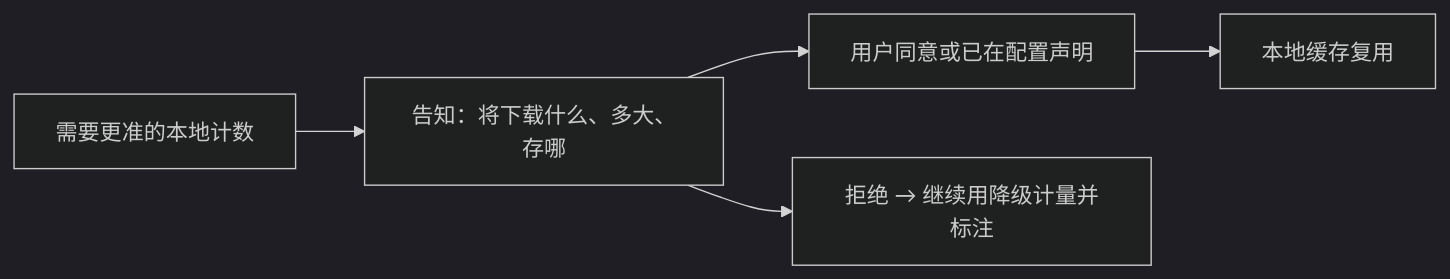
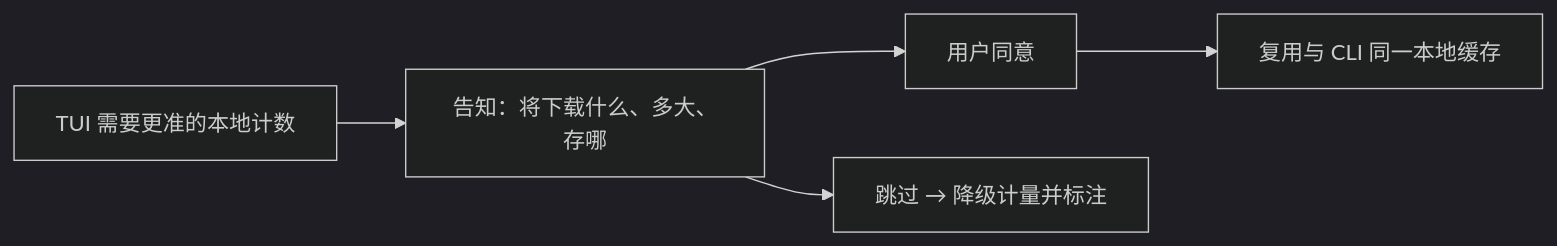
The diagram in docs/roadmaps/Tokenizer精准计量.md (StrayDragon/xylitol), drawn with Mermaid (dark theme) before and after one commit. The commit also changed other lines of this file and 2 other files, not shown here.

First line of the commit message:
docs: migrate tokenizer M1 CLI into architecture

````diff
--- a/docs/roadmaps/Tokenizer精准计量.md
+++ b/docs/roadmaps/Tokenizer精准计量.md
@@ -16,7 +16,7 @@
 ```mermaid
 flowchart LR
-  Need["需要更准的本地计数"] --> Ask["告知：将下载什么、多大、存哪"]
-  Ask --> Yes["用户同意或已在配置声明"]
-  Ask --> No["拒绝 → 继续用降级计量并标注"]
-  Yes --> Cache["本地缓存复用"]
+  Need["TUI 需要更准的本地计数"] --> Ask["告知：将下载什么、多大、存哪"]
+  Ask --> Yes["用户同意"]
+  Ask --> No["跳过 → 降级计量并标注"]
+  Yes --> Cache["复用与 CLI 同一本地缓存"]
 ```
````
